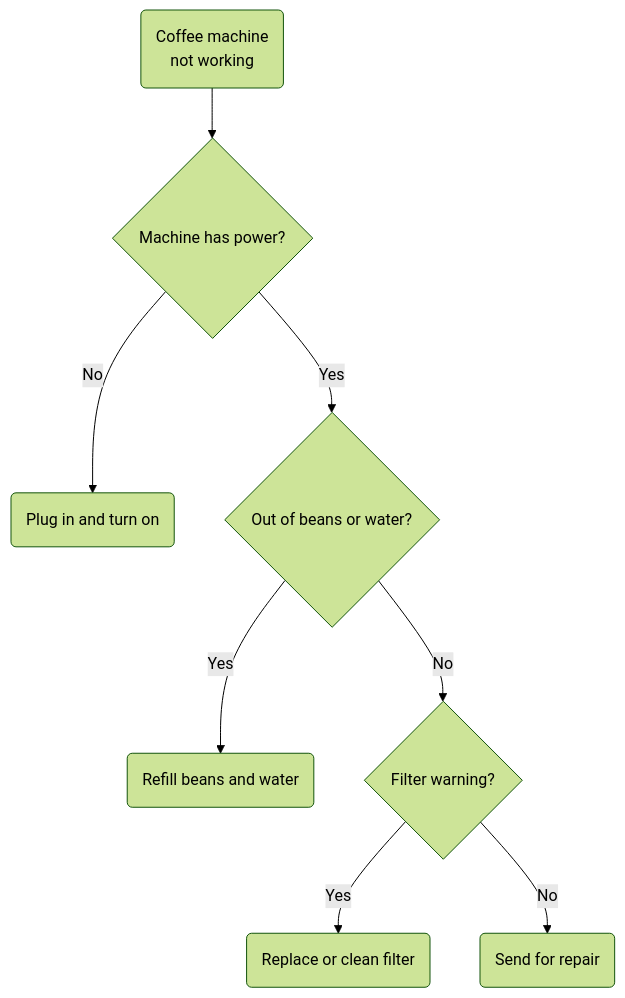
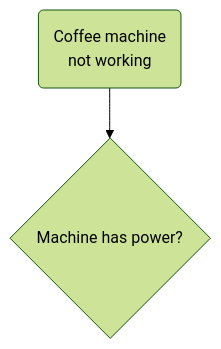
The diagram in README.md (NeilParkerBSDC/LoginStepByStepTutorial1), drawn with Mermaid (forest theme) before and after one commit.

````diff
--- a/README.md
+++ b/README.md
@@ -41,8 +41,4 @@
 ```mermaid
 graph TD
    A(Coffee machine <br>not working) --> B{Machine has power?}
-   B -->|No| H(Plug in and turn on)
-   B -->|Yes| C{Out of beans or water?} -->|Yes| G(Refill beans and water)
-   C -->|No| D{Filter warning?} -->|Yes| I(Replace or clean filter)
-   D -->|No| F(Send for repair)
 ```
````
